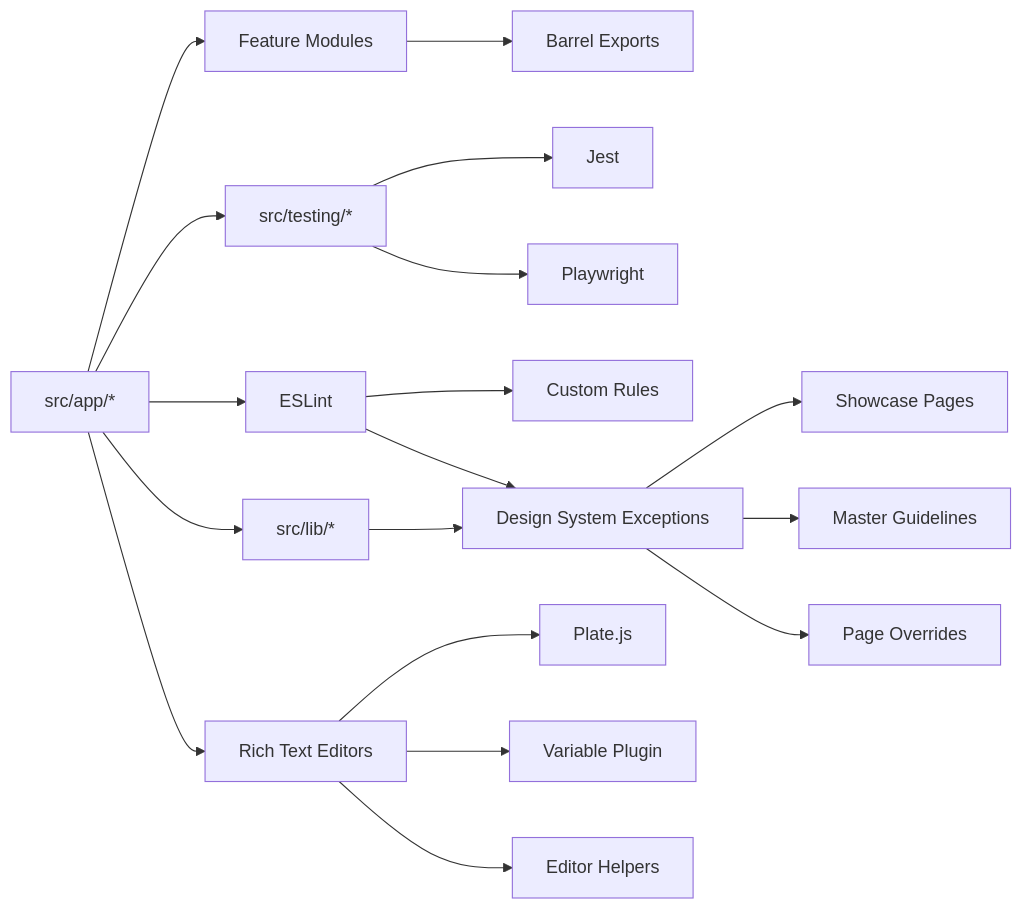
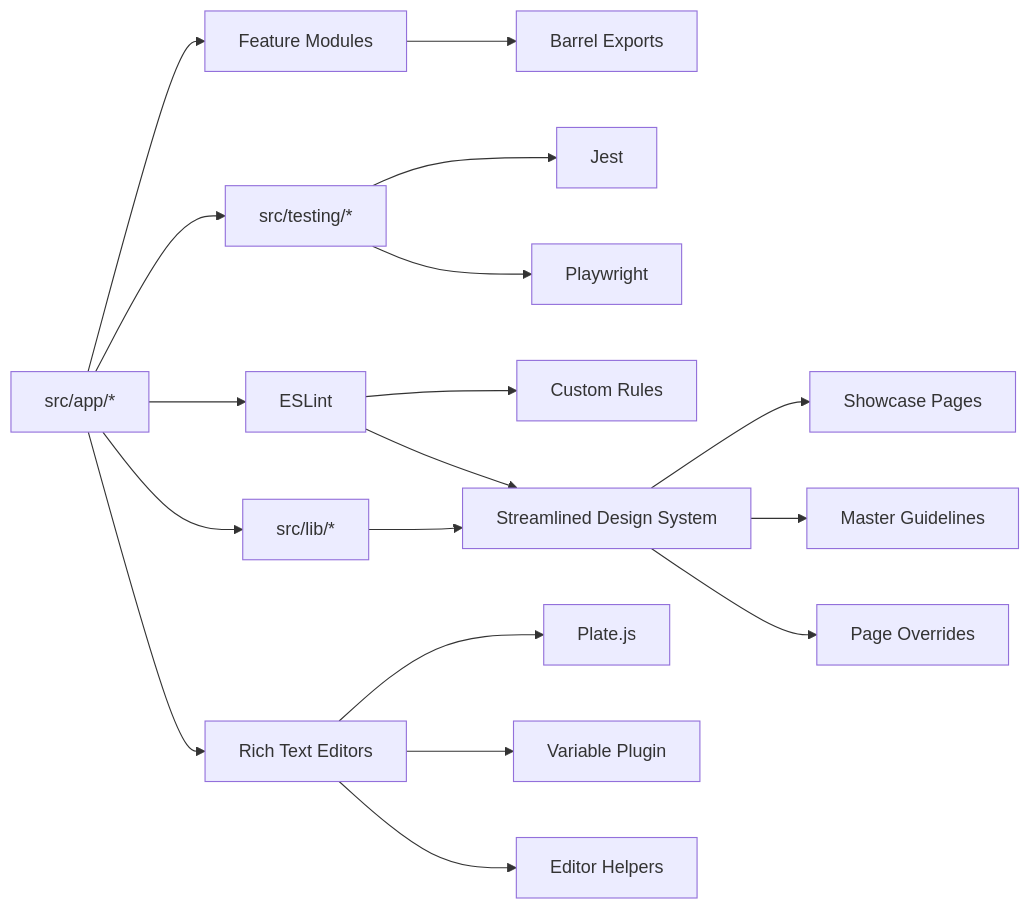
Before and after one commit to SinesysTech/zattar-os: diagram 11 of 11 in .qoder/repowiki/en/content/Development Guide/Development Guide.md, drawn with Mermaid. The commit also changed other lines of this file and 103 other files, not shown here.

````diff
--- a/.qoder/repowiki/en/content/Development Guide/Development Guide.md
+++ b/.qoder/repowiki/en/content/Development Guide/Development Guide.md
@@ -548,20 +548,20 @@
 ```mermaid
 graph LR
 App["src/app/*"] --> Features["Feature Modules"]
 Features --> Barrel["Barrel Exports"]
 App --> Lib["src/lib/*"]
 App --> Testing["src/testing/*"]
 Testing --> Jest["Jest"]
 Testing --> PW["Playwright"]
 App --> ESL["ESLint"]
 ESL --> Rules["Custom Rules"]
-ESL --> DS["Design System Exceptions"]
+ESL --> DS["Streamlined Design System"]
 DS --> Showcase["Showcase Pages"]
 Lib --> DS
 DS --> Master["Master Guidelines"]
 DS --> Pages["Page Overrides"]
 App --> Editors["Rich Text Editors"]
 Editors --> Plate["Plate.js"]
 Editors --> Variables["Variable Plugin"]
 Editors --> Helpers["Editor Helpers"]
 ```
````
